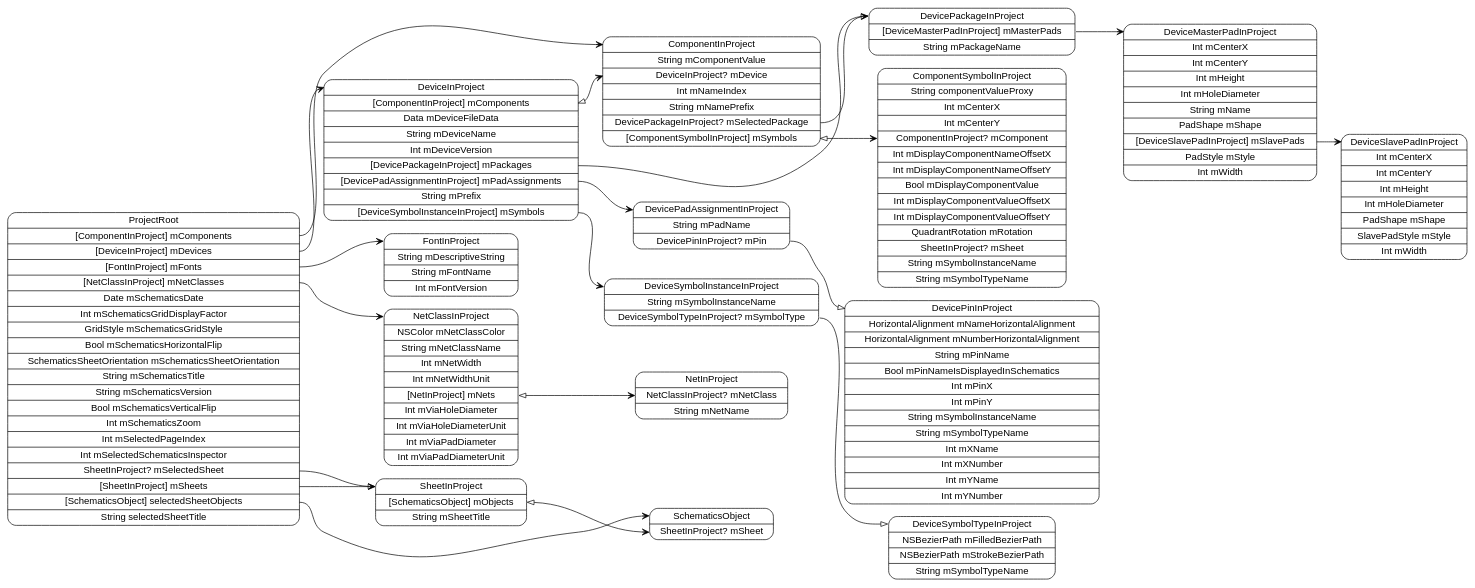
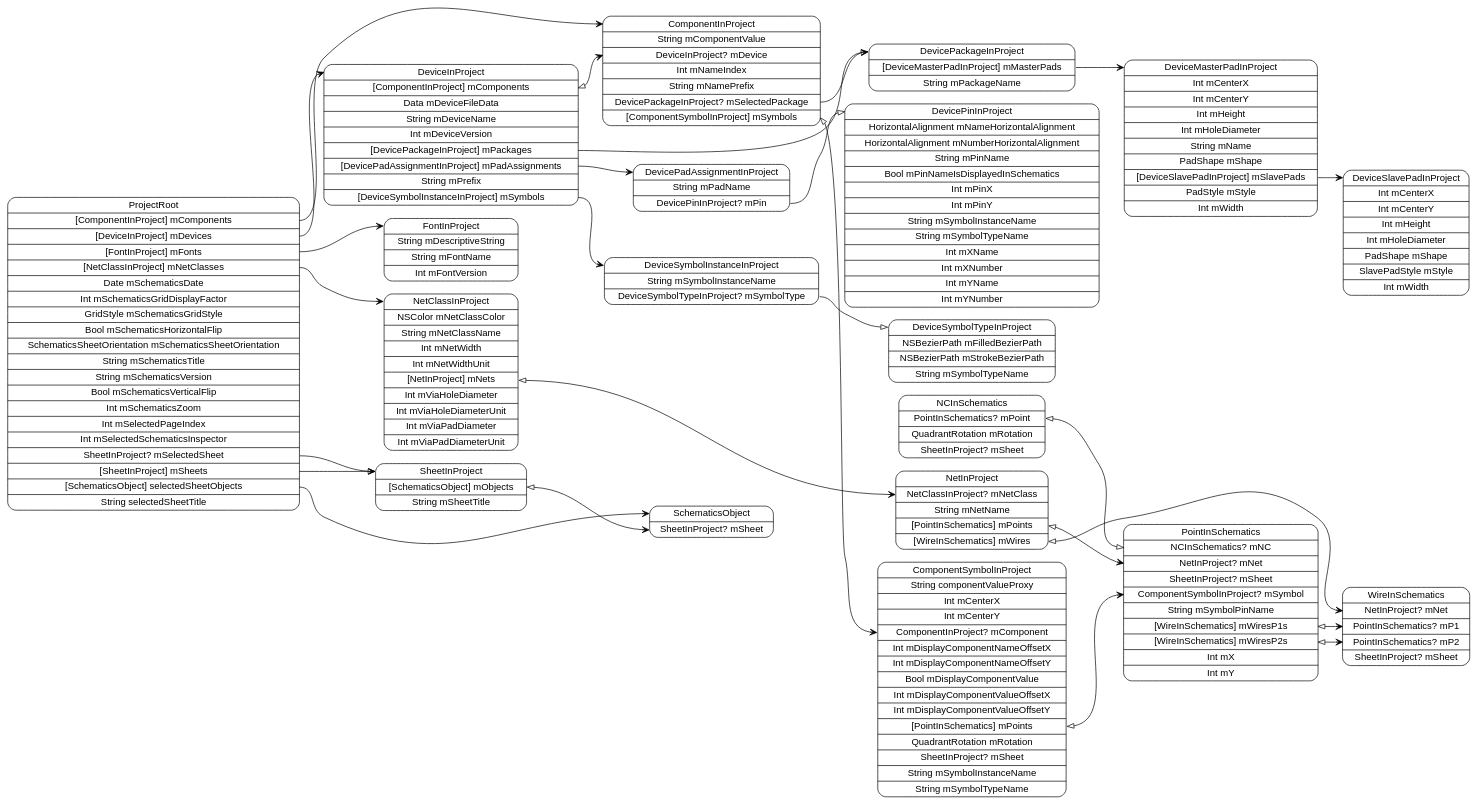
Before and after one commit to pierremolinaro/ElCanari-dev: the diagram in models/ProjectRoot.dot, drawn with Graphviz. The commit also changed 22 other files, not shown here.

Commit message:
Added PointInSchematics

```diff
--- a/models/ProjectRoot.dot
+++ b/models/ProjectRoot.dot
@@ -1,39 +1,48 @@
 digraph G {
   rankdir=LR ;
   node [shape=record fontname=helvetica style=rounded] ;
   ProjectRoot[label="<ProjectRoot>ProjectRoot|<mComponents>[ComponentInProject] mComponents|<mDevices>[DeviceInProject] mDevices|<mFonts>[FontInProject] mFonts|<mNetClasses>[NetClassInProject] mNetClasses|Date mSchematicsDate|Int mSchematicsGridDisplayFactor|GridStyle mSchematicsGridStyle|Bool mSchematicsHorizontalFlip|SchematicsSheetOrientation mSchematicsSheetOrientation|String mSchematicsTitle|String mSchematicsVersion|Bool mSchematicsVerticalFlip|Int mSchematicsZoom|Int mSelectedPageIndex|Int mSelectedSchematicsInspector|<mSelectedSheet>SheetInProject? mSelectedSheet|<mSheets>[SheetInProject] mSheets|<selectedSheetObjects>[SchematicsObject] selectedSheetObjects|String selectedSheetTitle"] ;
   SchematicsObject[label="<SchematicsObject>SchematicsObject|<mSheet>SheetInProject? mSheet"] ;
   SheetInProject[label="<SheetInProject>SheetInProject|<mObjects>[SchematicsObject] mObjects|String mSheetTitle"] ;
   NetClassInProject[label="<NetClassInProject>NetClassInProject|NSColor mNetClassColor|String mNetClassName|Int mNetWidth|Int mNetWidthUnit|<mNets>[NetInProject] mNets|Int mViaHoleDiameter|Int mViaHoleDiameterUnit|Int mViaPadDiameter|Int mViaPadDiameterUnit"] ;
-  NetInProject[label="<NetInProject>NetInProject|<mNetClass>NetClassInProject? mNetClass|String mNetName"] ;
+  NetInProject[label="<NetInProject>NetInProject|<mNetClass>NetClassInProject? mNetClass|String mNetName|<mPoints>[PointInSchematics] mPoints|<mWires>[WireInSchematics] mWires"] ;
+  WireInSchematics[label="<WireInSchematics>WireInSchematics|<mNet>NetInProject? mNet|<mP1>PointInSchematics? mP1|<mP2>PointInSchematics? mP2|<mSheet>SheetInProject? mSheet"] ;
+  PointInSchematics[label="<PointInSchematics>PointInSchematics|<mNC>NCInSchematics? mNC|<mNet>NetInProject? mNet|<mSheet>SheetInProject? mSheet|<mSymbol>ComponentSymbolInProject? mSymbol|String mSymbolPinName|<mWiresP1s>[WireInSchematics] mWiresP1s|<mWiresP2s>[WireInSchematics] mWiresP2s|Int mX|Int mY"] ;
+  NCInSchematics[label="<NCInSchematics>NCInSchematics|<mPoint>PointInSchematics? mPoint|QuadrantRotation mRotation|<mSheet>SheetInProject? mSheet"] ;
   FontInProject[label="<FontInProject>FontInProject|String mDescriptiveString|String mFontName|Int mFontVersion"] ;
   DeviceInProject[label="<DeviceInProject>DeviceInProject|<mComponents>[ComponentInProject] mComponents|Data mDeviceFileData|String mDeviceName|Int mDeviceVersion|<mPackages>[DevicePackageInProject] mPackages|<mPadAssignments>[DevicePadAssignmentInProject] mPadAssignments|String mPrefix|<mSymbols>[DeviceSymbolInstanceInProject] mSymbols"] ;
   DeviceSymbolInstanceInProject[label="<DeviceSymbolInstanceInProject>DeviceSymbolInstanceInProject|String mSymbolInstanceName|<mSymbolType>DeviceSymbolTypeInProject? mSymbolType"] ;
   DeviceSymbolTypeInProject[label="<DeviceSymbolTypeInProject>DeviceSymbolTypeInProject|NSBezierPath mFilledBezierPath|NSBezierPath mStrokeBezierPath|String mSymbolTypeName"] ;
   DevicePadAssignmentInProject[label="<DevicePadAssignmentInProject>DevicePadAssignmentInProject|String mPadName|<mPin>DevicePinInProject? mPin"] ;
   DevicePinInProject[label="<DevicePinInProject>DevicePinInProject|HorizontalAlignment mNameHorizontalAlignment|HorizontalAlignment mNumberHorizontalAlignment|String mPinName|Bool mPinNameIsDisplayedInSchematics|Int mPinX|Int mPinY|String mSymbolInstanceName|String mSymbolTypeName|Int mXName|Int mXNumber|Int mYName|Int mYNumber"] ;
   DevicePackageInProject[label="<DevicePackageInProject>DevicePackageInProject|<mMasterPads>[DeviceMasterPadInProject] mMasterPads|String mPackageName"] ;
   DeviceMasterPadInProject[label="<DeviceMasterPadInProject>DeviceMasterPadInProject|Int mCenterX|Int mCenterY|Int mHeight|Int mHoleDiameter|String mName|PadShape mShape|<mSlavePads>[DeviceSlavePadInProject] mSlavePads|PadStyle mStyle|Int mWidth"] ;
   DeviceSlavePadInProject[label="<DeviceSlavePadInProject>DeviceSlavePadInProject|Int mCenterX|Int mCenterY|Int mHeight|Int mHoleDiameter|PadShape mShape|SlavePadStyle mStyle|Int mWidth"] ;
   ComponentInProject[label="<ComponentInProject>ComponentInProject|String mComponentValue|<mDevice>DeviceInProject? mDevice|Int mNameIndex|String mNamePrefix|<mSelectedPackage>DevicePackageInProject? mSelectedPackage|<mSymbols>[ComponentSymbolInProject] mSymbols"] ;
-  ComponentSymbolInProject[label="<ComponentSymbolInProject>ComponentSymbolInProject|String componentValueProxy|Int mCenterX|Int mCenterY|<mComponent>ComponentInProject? mComponent|Int mDisplayComponentNameOffsetX|Int mDisplayComponentNameOffsetY|Bool mDisplayComponentValue|Int mDisplayComponentValueOffsetX|Int mDisplayComponentValueOffsetY|QuadrantRotation mRotation|<mSheet>SheetInProject? mSheet|String mSymbolInstanceName|String mSymbolTypeName"] ;
+  ComponentSymbolInProject[label="<ComponentSymbolInProject>ComponentSymbolInProject|String componentValueProxy|Int mCenterX|Int mCenterY|<mComponent>ComponentInProject? mComponent|Int mDisplayComponentNameOffsetX|Int mDisplayComponentNameOffsetY|Bool mDisplayComponentValue|Int mDisplayComponentValueOffsetX|Int mDisplayComponentValueOffsetY|<mPoints>[PointInSchematics] mPoints|QuadrantRotation mRotation|<mSheet>SheetInProject? mSheet|String mSymbolInstanceName|String mSymbolTypeName"] ;
   ProjectRoot:mComponents -> ComponentInProject:ComponentInProject [dir=both arrowtail=none arrowhead=vee] ;
   ProjectRoot:mDevices -> DeviceInProject:DeviceInProject [dir=both arrowtail=none arrowhead=vee] ;
   ProjectRoot:mFonts -> FontInProject:FontInProject [dir=both arrowtail=none arrowhead=vee] ;
   ProjectRoot:mNetClasses -> NetClassInProject:NetClassInProject [dir=both arrowtail=none arrowhead=vee] ;
   ProjectRoot:mSelectedSheet -> SheetInProject:SheetInProject [dir=both arrowtail=none arrowhead=onormal] ;
   ProjectRoot:mSheets -> SheetInProject:SheetInProject [dir=both arrowtail=none arrowhead=vee] ;
   ProjectRoot:selectedSheetObjects -> SchematicsObject:SchematicsObject [dir=both arrowtail=none arrowhead=vee] ;
   SheetInProject:mObjects -> SchematicsObject:mSheet [dir=both arrowtail=onormal arrowhead=vee] ;
   NetClassInProject:mNets -> NetInProject:mNetClass [dir=both arrowtail=onormal arrowhead=vee] ;
+  NetInProject:mPoints -> PointInSchematics:mNet [dir=both arrowtail=onormal arrowhead=vee] ;
+  NetInProject:mWires -> WireInSchematics:mNet [dir=both arrowtail=onormal arrowhead=vee] ;
+  PointInSchematics:mWiresP1s -> WireInSchematics:mP1 [dir=both arrowtail=onormal arrowhead=vee] ;
+  PointInSchematics:mWiresP2s -> WireInSchematics:mP2 [dir=both arrowtail=onormal arrowhead=vee] ;
+  NCInSchematics:mPoint -> PointInSchematics:mNC [dir=both arrowtail=onormal arrowhead=onormal] ;
   DeviceInProject:mComponents -> ComponentInProject:mDevice [dir=both arrowtail=onormal arrowhead=vee] ;
   DeviceInProject:mPackages -> DevicePackageInProject:DevicePackageInProject [dir=both arrowtail=none arrowhead=vee] ;
   DeviceInProject:mPadAssignments -> DevicePadAssignmentInProject:DevicePadAssignmentInProject [dir=both arrowtail=none arrowhead=vee] ;
   DeviceInProject:mSymbols -> DeviceSymbolInstanceInProject:DeviceSymbolInstanceInProject [dir=both arrowtail=none arrowhead=vee] ;
   DeviceSymbolInstanceInProject:mSymbolType -> DeviceSymbolTypeInProject:DeviceSymbolTypeInProject [dir=both arrowtail=none arrowhead=onormal] ;
   DevicePadAssignmentInProject:mPin -> DevicePinInProject:DevicePinInProject [dir=both arrowtail=none arrowhead=onormal] ;
   DevicePackageInProject:mMasterPads -> DeviceMasterPadInProject:DeviceMasterPadInProject [dir=both arrowtail=none arrowhead=vee] ;
   DeviceMasterPadInProject:mSlavePads -> DeviceSlavePadInProject:DeviceSlavePadInProject [dir=both arrowtail=none arrowhead=vee] ;
   ComponentInProject:mSelectedPackage -> DevicePackageInProject:DevicePackageInProject [dir=both arrowtail=none arrowhead=onormal] ;
   ComponentInProject:mSymbols -> ComponentSymbolInProject:mComponent [dir=both arrowtail=onormal arrowhead=vee] ;
+  ComponentSymbolInProject:mPoints -> PointInSchematics:mSymbol [dir=both arrowtail=onormal arrowhead=vee] ;
 }
```
